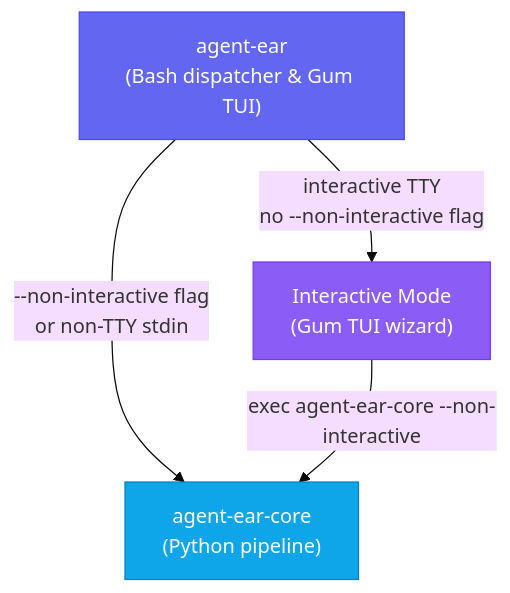
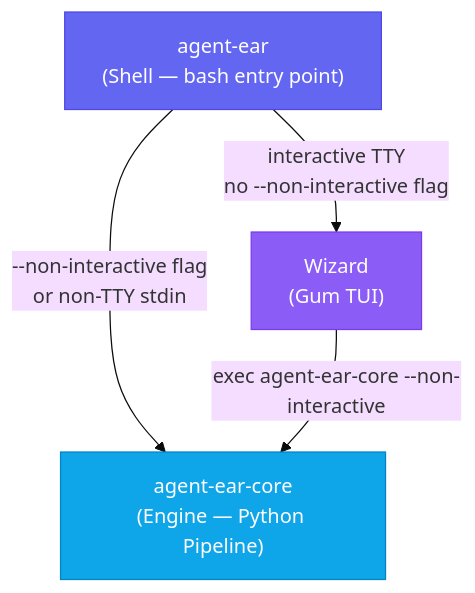
One commit to Aurelian-Shuttleworth/agent-ear changed the first of 6 diagrams in docs/explanation/architecture.md. Above: the diagram before and after it, drawn with Mermaid (base theme). The commit also changed other lines of this file and 15 other files, not shown here.

First line of the commit message:
docs: address Lara's documentation plan (architecture, GCS, audits)

````diff
--- a/docs/explanation/architecture.md
+++ b/docs/explanation/architecture.md
@@ -8,10 +8,10 @@
 ```mermaid
 graph TD
-    A["agent-ear<br/>(Bash dispatcher & Gum TUI)"] -->|"--non-interactive flag<br/>or non-TTY stdin"| B["agent-ear-core<br/>(Python pipeline)"]
-    A -->|"interactive TTY<br/>no --non-interactive flag"| A_TUI["Interactive Mode<br/>(Gum TUI wizard)"]
+    A["agent-ear<br/>(Shell — bash entry point)"] -->|"--non-interactive flag<br/>or non-TTY stdin"| B["agent-ear-core<br/>(Engine — Python Pipeline)"]
+    A -->|"interactive TTY<br/>no --non-interactive flag"| A_TUI["Wizard<br/>(Gum TUI)"]
     A_TUI -->|"exec agent-ear-core --non-interactive"| B
 
     style A fill:#6366f1,stroke:#4f46e5,color:#fff
     style A_TUI fill:#8b5cf6,stroke:#7c3aed,color:#fff
     style B fill:#0ea5e9,stroke:#0284c7,color:#fff
 ```
````
